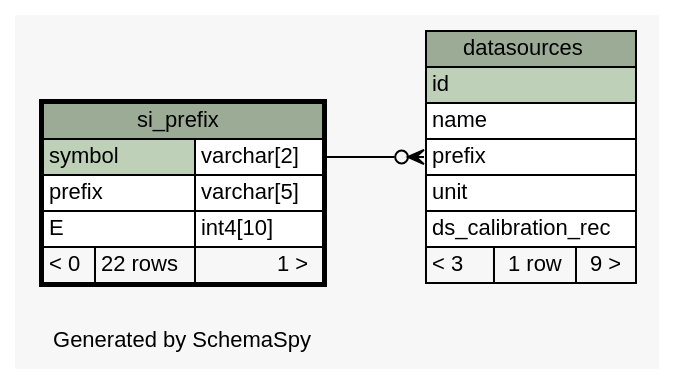
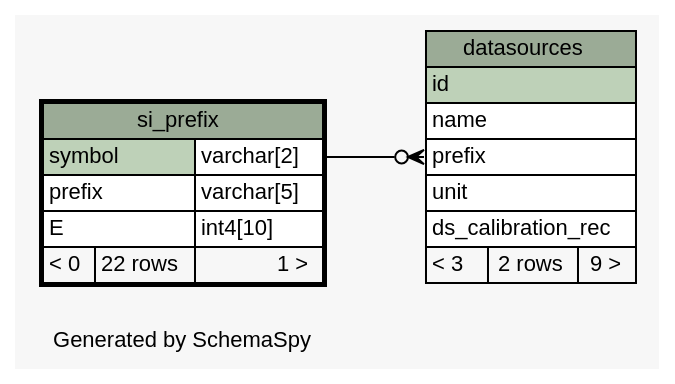
The diagram in database/ss/diagrams/si_prefix.1degree.dot (tgbugs/mlab), drawn with Graphviz before and after one commit. The commit also changed 221 other files, not shown here.

```diff
--- a/database/ss/diagrams/si_prefix.1degree.dot
+++ b/database/ss/diagrams/si_prefix.1degree.dot
@@ -1,49 +1,49 @@
 // dot 2.34.0 on Windows 7 6.1
 // SchemaSpy rev 590
 digraph "oneDegreeRelationshipsDiagram" {
   graph [
     rankdir="RL"
     bgcolor="#f7f7f7"
     label="\nGenerated by SchemaSpy"
     labeljust="l"
     nodesep="0.18"
     ranksep="0.46"
     fontname="Helvetica"
     fontsize="11"
   ];
   node [
     fontname="Helvetica"
     fontsize="11"
     shape="plaintext"
   ];
   edge [
     arrowsize="0.8"
   ];
   "datasources":"prefix":w -> "si_prefix":"symbol.type":e [arrowhead=none dir=back arrowtail=crowodot];
   "datasources" [
     label=<
     <TABLE BORDER="0" CELLBORDER="1" CELLSPACING="0" BGCOLOR="#ffffff">
       <TR><TD COLSPAN="3" BGCOLOR="#9bab96" ALIGN="CENTER">datasources</TD></TR>
       <TR><TD PORT="id" COLSPAN="3" BGCOLOR="#bed1b8" ALIGN="LEFT">id</TD></TR>
       <TR><TD PORT="name" COLSPAN="3" ALIGN="LEFT">name</TD></TR>
       <TR><TD PORT="prefix" COLSPAN="3" ALIGN="LEFT">prefix</TD></TR>
       <TR><TD PORT="unit" COLSPAN="3" ALIGN="LEFT">unit</TD></TR>
       <TR><TD PORT="ds_calibration_rec" COLSPAN="3" ALIGN="LEFT">ds_calibration_rec</TD></TR>
-      <TR><TD ALIGN="LEFT" BGCOLOR="#f7f7f7">&lt; 3</TD><TD ALIGN="RIGHT" BGCOLOR="#f7f7f7">1 row</TD><TD ALIGN="RIGHT" BGCOLOR="#f7f7f7">9 &gt;</TD></TR>
+      <TR><TD ALIGN="LEFT" BGCOLOR="#f7f7f7">&lt; 3</TD><TD ALIGN="RIGHT" BGCOLOR="#f7f7f7">2 rows</TD><TD ALIGN="RIGHT" BGCOLOR="#f7f7f7">9 &gt;</TD></TR>
     </TABLE>>
     URL="datasources.html"
     tooltip="datasources"
   ];
   "si_prefix" [
     label=<
     <TABLE BORDER="2" CELLBORDER="1" CELLSPACING="0" BGCOLOR="#ffffff">
       <TR><TD COLSPAN="3" BGCOLOR="#9bab96" ALIGN="CENTER">si_prefix</TD></TR>
       <TR><TD PORT="symbol" COLSPAN="2" BGCOLOR="#bed1b8" ALIGN="LEFT">symbol</TD><TD PORT="symbol.type" ALIGN="LEFT">varchar[2]</TD></TR>
       <TR><TD PORT="prefix" COLSPAN="2" ALIGN="LEFT">prefix</TD><TD PORT="prefix.type" ALIGN="LEFT">varchar[5]</TD></TR>
       <TR><TD PORT="E" COLSPAN="2" ALIGN="LEFT">E</TD><TD PORT="E.type" ALIGN="LEFT">int4[10]</TD></TR>
       <TR><TD ALIGN="LEFT" BGCOLOR="#f7f7f7">&lt; 0</TD><TD ALIGN="RIGHT" BGCOLOR="#f7f7f7">22 rows</TD><TD ALIGN="RIGHT" BGCOLOR="#f7f7f7">1 &gt;</TD></TR>
     </TABLE>>
     URL="si_prefix.html"
     tooltip="si_prefix"
   ];
 }
```
